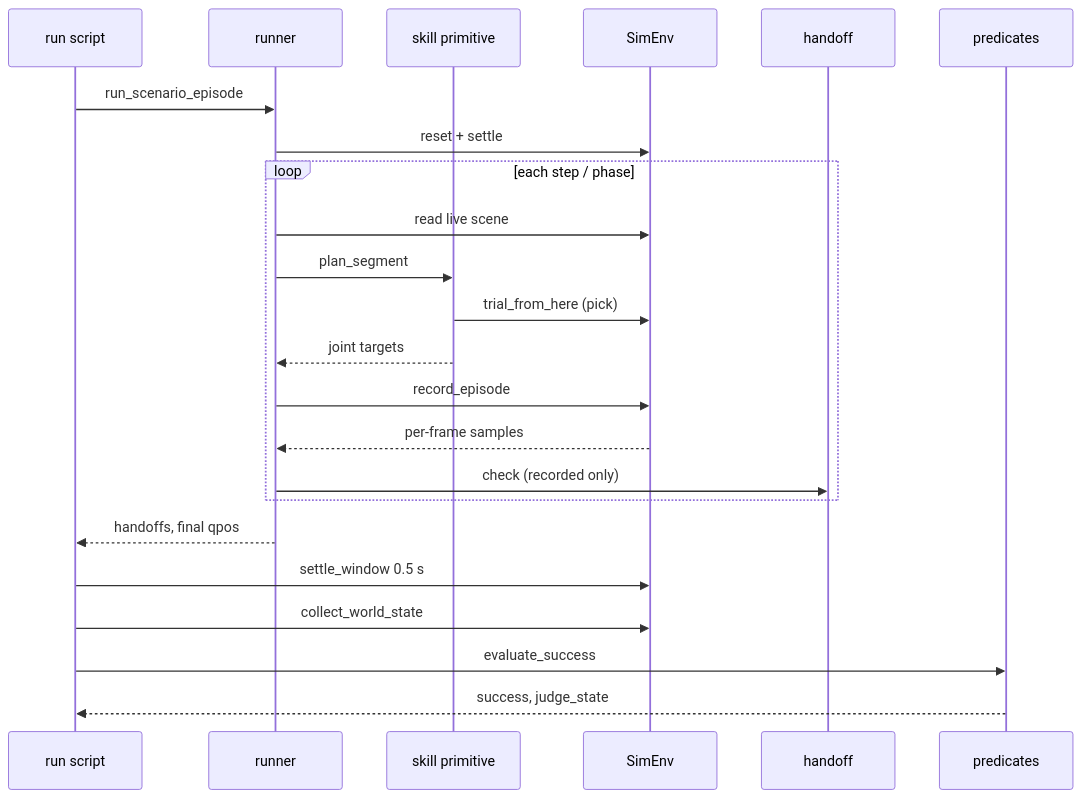
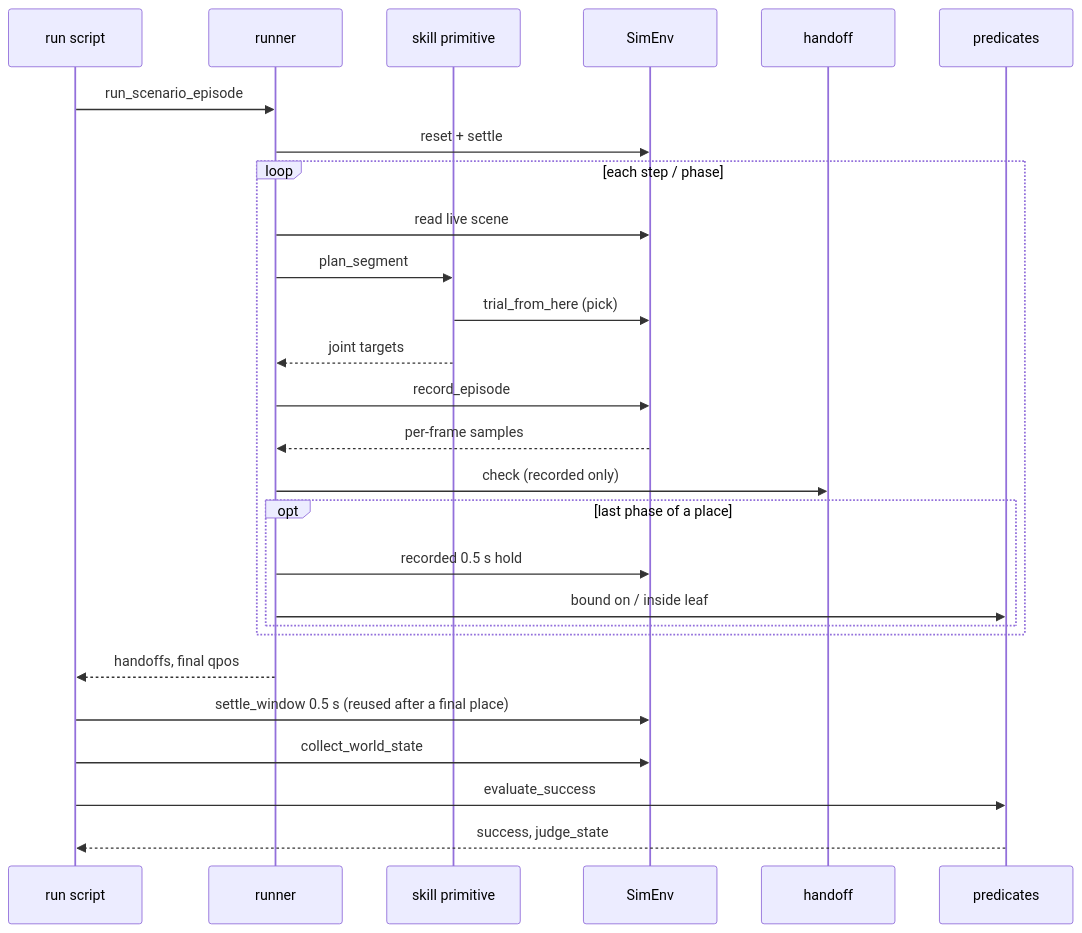
One commit to ZJLi2013/RoboSmith changed the third of 4 diagrams in docs/design.md. Above: the diagram before and after it, drawn with Mermaid. The commit also changed other lines of this file and 13 other files, not shown here.

Commit message:
feat(scenario): a place is judged by its bound on / inside relation on a recorded settle; step and task verdicts stay separate

````diff
--- a/docs/design.md
+++ b/docs/design.md
@@ -213,25 +213,29 @@
 ```mermaid
 sequenceDiagram
     participant S as run script
     participant R as runner
     participant K as skill primitive
     participant E as SimEnv
     participant H as handoff
     participant J as predicates
     S->>R: run_scenario_episode
     R->>E: reset + settle
     loop each step / phase
         R->>E: read live scene
         R->>K: plan_segment
         K->>E: trial_from_here (pick)
         K-->>R: joint targets
         R->>E: record_episode
         E-->>R: per-frame samples
         R->>H: check (recorded only)
+        opt last phase of a place
+            R->>E: recorded 0.5 s hold
+            R->>J: bound on / inside leaf
+        end
     end
     R-->>S: handoffs, final qpos
-    S->>E: settle_window 0.5 s
+    S->>E: settle_window 0.5 s (reused after a final place)
     S->>E: collect_world_state
     S->>J: evaluate_success
     J-->>S: success, judge_state
 ```
````
